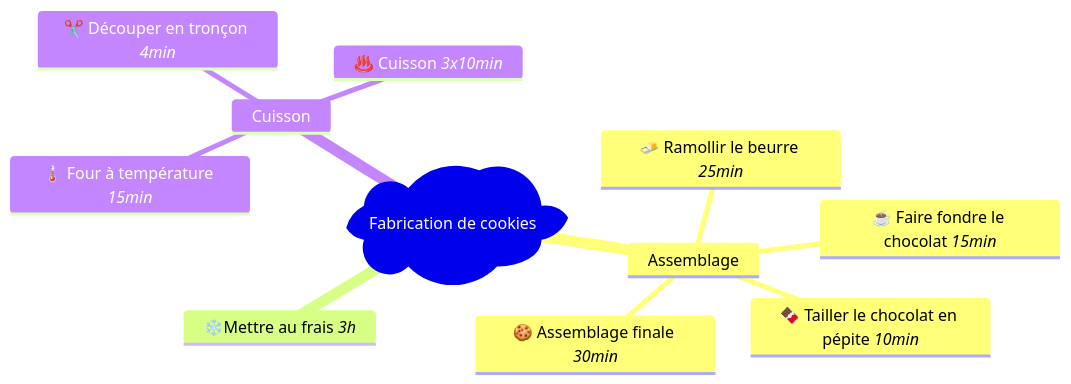
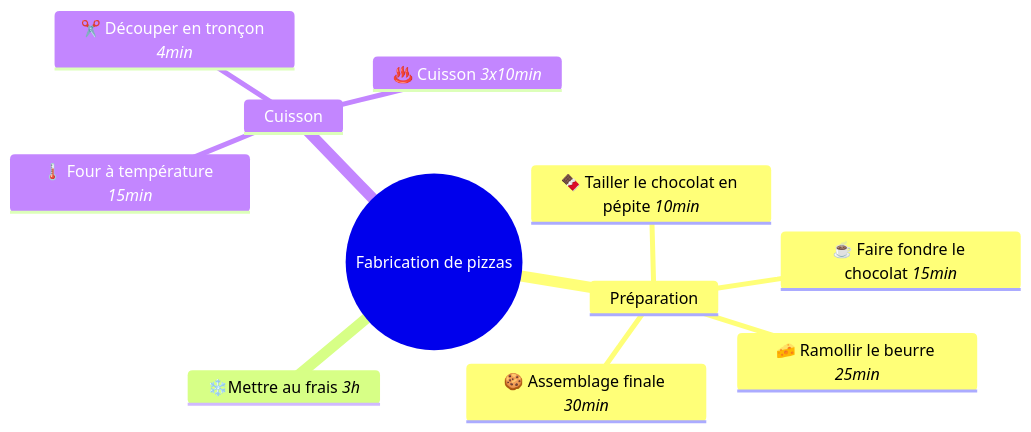
One commit to breuzal/TpGestionProjet changed the first of 5 diagrams in README.md. Above: the diagram before and after it, drawn with Mermaid.

````diff
--- a/README.md
+++ b/README.md
@@ -70,14 +70,14 @@
 ```mermaid
 mindmap
-  root)Fabrication de cookies(
-    Assemblage
-        🧈 Ramollir le beurre *25min*
+  root((Fabrication de pizzas))
+    Préparation
+        🧀 Ramollir le beurre *25min*
         ☕ Faire fondre le chocolat *15min*
         🍫 Tailler le chocolat en pépite *10min*
         🍪 Assemblage finale *30min*
     ❄️Mettre au frais *3h*
     Cuisson
         🌡️ Four à température *15min*
         ✂️ Découper en tronçon *4min*
         ♨️ Cuisson *3x10min*
 ```
````
